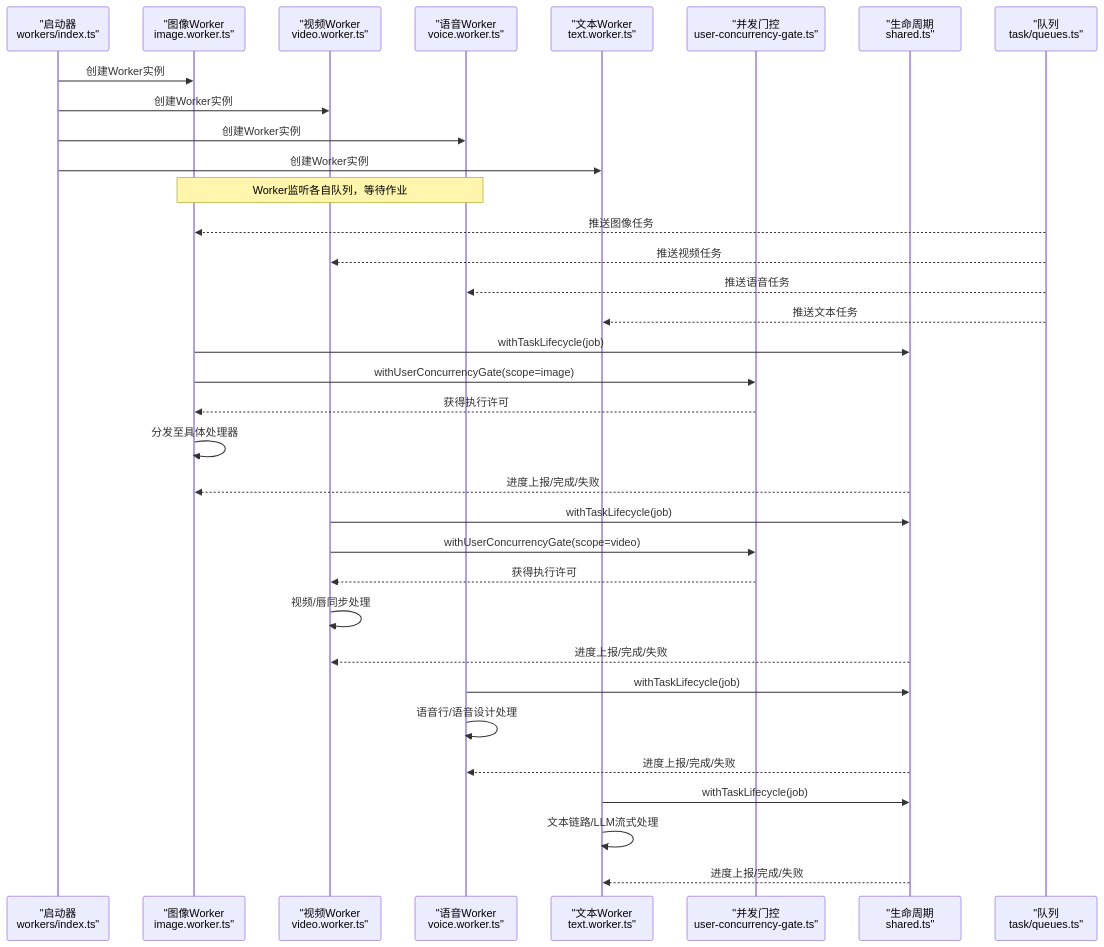
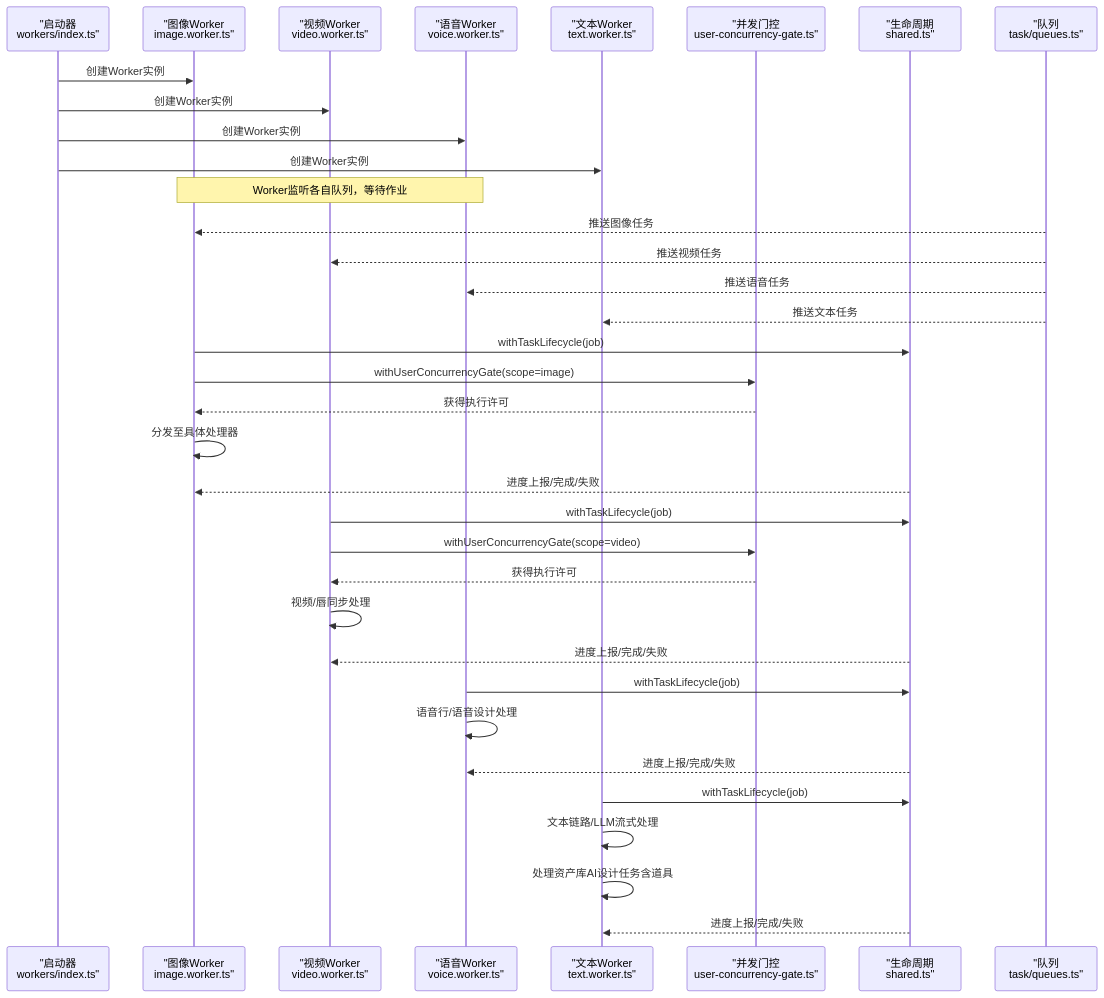
Before and after one commit to lyl2021/waoowaoo: the second of 6 diagrams in .qoder/repowiki/zh/content/任务队列系统/Worker管理/Worker管理.md, drawn with Mermaid. The commit also changed other lines of this file and 25 other files, not shown here.

First line of the commit message:
fix: 图片生成最高质量 4K 支持与 LLM 视觉调用网络修复

````diff
--- a/.qoder/repowiki/zh/content/任务队列系统/Worker管理/Worker管理.md
+++ b/.qoder/repowiki/zh/content/任务队列系统/Worker管理/Worker管理.md
@@ -154,36 +165,37 @@
 ```mermaid
 sequenceDiagram
 participant Boot as "启动器<br/>workers/index.ts"
 participant WImg as "图像Worker<br/>image.worker.ts"
 participant WVid as "视频Worker<br/>video.worker.ts"
 participant WVoc as "语音Worker<br/>voice.worker.ts"
 participant WTxt as "文本Worker<br/>text.worker.ts"
 participant Gate as "并发门控<br/>user-concurrency-gate.ts"
 participant Life as "生命周期<br/>shared.ts"
 participant Q as "队列<br/>task/queues.ts"
 Boot->>WImg : 创建Worker实例
 Boot->>WVid : 创建Worker实例
 Boot->>WVoc : 创建Worker实例
 Boot->>WTxt : 创建Worker实例
 Note over WImg,WVoc : Worker监听各自队列，等待作业
 Q-->>WImg : 推送图像任务
 Q-->>WVid : 推送视频任务
 Q-->>WVoc : 推送语音任务
 Q-->>WTxt : 推送文本任务
 WImg->>Life : withTaskLifecycle(job)
 WImg->>Gate : withUserConcurrencyGate(scope=image)
 Gate-->>WImg : 获得执行许可
 WImg->>WImg : 分发至具体处理器
 Life-->>WImg : 进度上报/完成/失败
 WVid->>Life : withTaskLifecycle(job)
 WVid->>Gate : withUserConcurrencyGate(scope=video)
 Gate-->>WVid : 获得执行许可
 WVid->>WVid : 视频/唇同步处理
 Life-->>WVid : 进度上报/完成/失败
 WVoc->>Life : withTaskLifecycle(job)
 WVoc->>WVoc : 语音行/语音设计处理
 Life-->>WVoc : 进度上报/完成/失败
 WTxt->>Life : withTaskLifecycle(job)
 WTxt->>WTxt : 文本链路/LLM流式处理
+WTxt->>WTxt : 处理资产库AI设计任务含道具
 Life-->>WTxt : 进度上报/完成/失败
 ```
````
